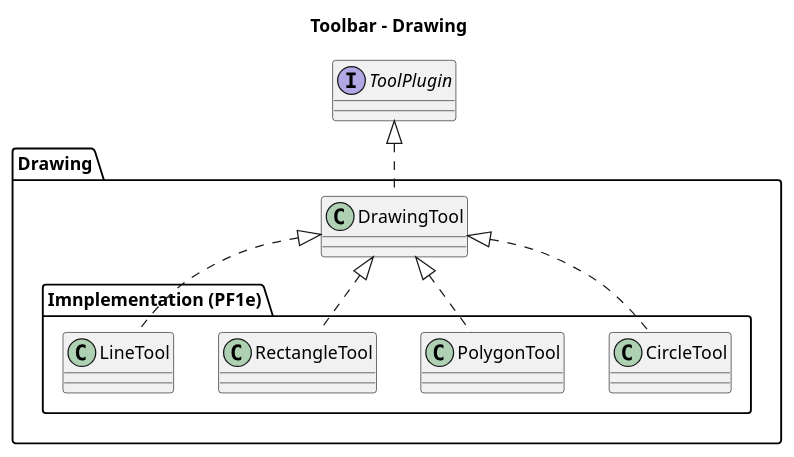
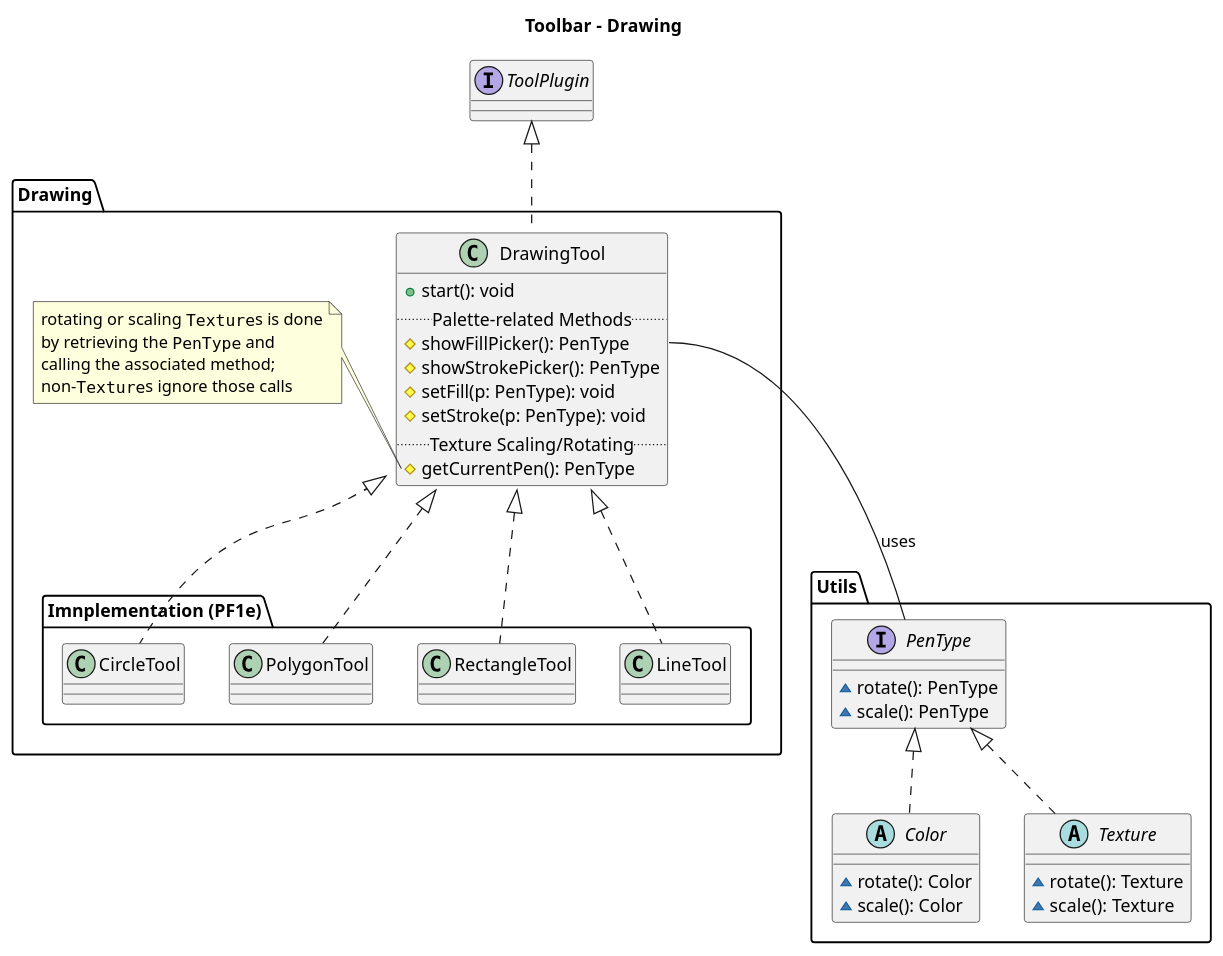
Before and after one commit to Azhrei/toolbar-design: the second of 3 diagrams in Tools.adoc, drawn with PlantUML. The commit also changed other lines of this file and 3 other files, not shown here.

```diff
--- a/Tools.adoc
+++ b/Tools.adoc
@@ -69,25 +105,57 @@
 [plantuml, toolbar-drawings]
 ....
 title "Toolbar - Drawing"
 
 interface ToolPlugin
 
+package Utils {
+    interface PenType {
+        ~rotate(): PenType
+        ~scale(): PenType
+    }
+    abstract class Color implements PenType {
+        ~rotate(): Color
+        ~scale(): Color
+    }
+    abstract class Texture implements PenType {
+        ~rotate(): Texture
+        ~scale(): Texture
+    }
+}
+
 package Drawing {
     class DrawingTool implements .ToolPlugin {
+        +start(): void
+        ..Palette-related Methods..
+        #showFillPicker(): PenType
+        #showStrokePicker(): PenType
+        #setFill(p: PenType): void
+        #setStroke(p: PenType): void
+        ..Texture Scaling/Rotating..
+        #getCurrentPen(): PenType
     }
+
+    note left of DrawingTool::getCurrentPen
+      rotating or scaling ""Texture""s is done
+      by retrieving the ""PenType"" and
+      calling the associated method;
+      non-""Texture""s ignore those calls
+    end note
+
+    DrawingTool::showFillPicker -- .Utils.PenType : uses
 
     package Drawing.Implementation as "Imnplementation (PF1e)" {
 	class CircleTool implements Drawing.DrawingTool {
 	}
 
 	class PolygonTool implements Drawing.DrawingTool {
 	}
 
 	class RectangleTool implements Drawing.DrawingTool {
 	}
 
 	class LineTool implements Drawing.DrawingTool {
 	}
     }
 }
 ....
```
